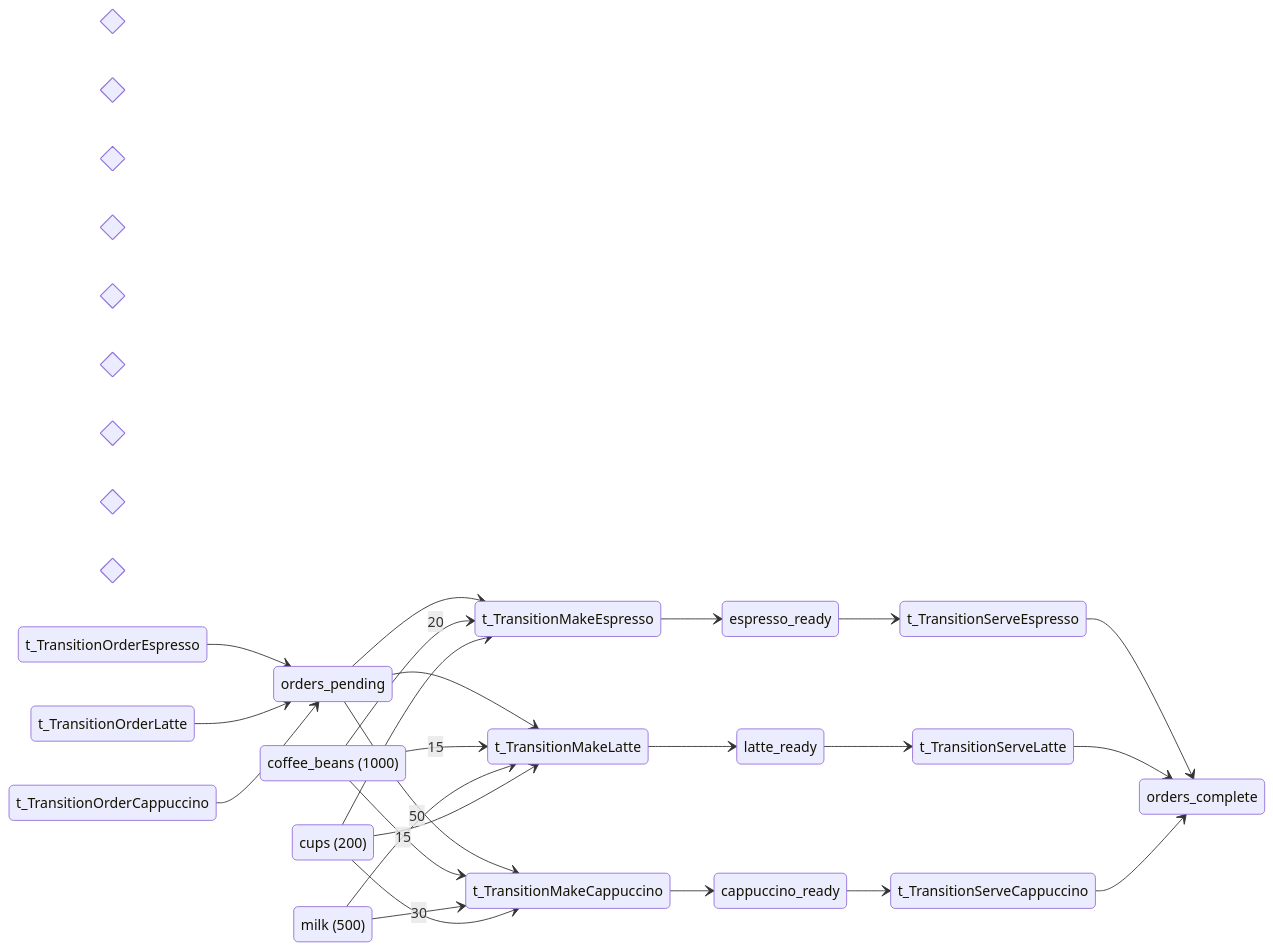
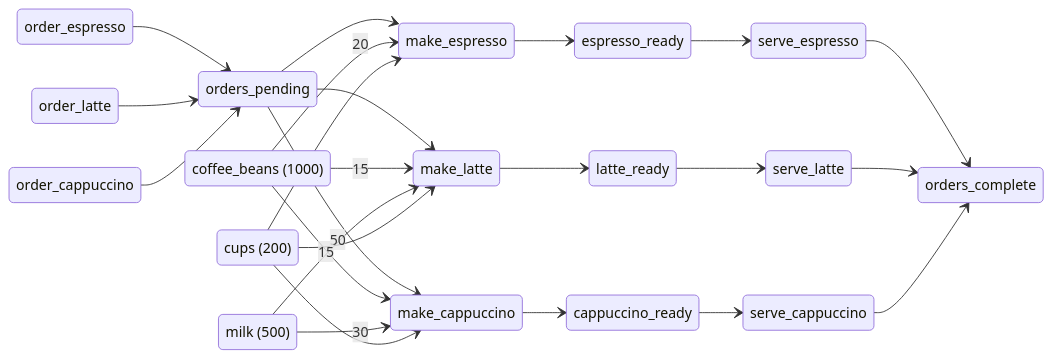
One commit to pflow-xyz/petri-pilot changed the first of 3 diagrams in generated/coffeeshop/README.md. Above: the diagram before and after it, drawn with Mermaid. The commit also changed other lines of this file and 10 other files, not shown here.

First line of the commit message:
Fix Mermaid diagram syntax in README template

````diff
--- a/generated/coffeeshop/README.md
+++ b/generated/coffeeshop/README.md
@@ -58,58 +58,58 @@
 ```mermaid
 stateDiagram-v2
     direction LR
 
     state "coffee_beans (1000)" as PlaceCoffeeBeans
     state "milk (500)" as PlaceMilk
     state "cups (200)" as PlaceCups
     state "orders_pending" as PlaceOrdersPending
     state "espresso_ready" as PlaceEspressoReady
     state "latte_ready" as PlaceLatteReady
     state "cappuccino_ready" as PlaceCappuccinoReady
     state "orders_complete" as PlaceOrdersComplete
 
 
-    state "order_espresso" as t_TransitionOrderEspresso <<choice>>
-    state "order_latte" as t_TransitionOrderLatte <<choice>>
-    state "order_cappuccino" as t_TransitionOrderCappuccino <<choice>>
-    state "make_espresso" as t_TransitionMakeEspresso <<choice>>
-    state "make_latte" as t_TransitionMakeLatte <<choice>>
-    state "make_cappuccino" as t_TransitionMakeCappuccino <<choice>>
-    state "serve_espresso" as t_TransitionServeEspresso <<choice>>
-    state "serve_latte" as t_TransitionServeLatte <<choice>>
-    state "serve_cappuccino" as t_TransitionServeCappuccino <<choice>>
+    state "order_espresso" as t_TransitionOrderEspresso
+    state "order_latte" as t_TransitionOrderLatte
+    state "order_cappuccino" as t_TransitionOrderCappuccino
+    state "make_espresso" as t_TransitionMakeEspresso
+    state "make_latte" as t_TransitionMakeLatte
+    state "make_cappuccino" as t_TransitionMakeCappuccino
+    state "serve_espresso" as t_TransitionServeEspresso
+    state "serve_latte" as t_TransitionServeLatte
+    state "serve_cappuccino" as t_TransitionServeCappuccino
 
 
-    t_TransitionOrderEspresso --> PlaceOrdersPending: 
+    t_TransitionOrderEspresso --> PlaceOrdersPending
 
-    t_TransitionOrderLatte --> PlaceOrdersPending: 
+    t_TransitionOrderLatte --> PlaceOrdersPending
 
-    t_TransitionOrderCappuccino --> PlaceOrdersPending: 
+    t_TransitionOrderCappuccino --> PlaceOrdersPending
 
-    PlaceOrdersPending --> t_TransitionMakeEspresso: 
+    PlaceOrdersPending --> t_TransitionMakeEspresso
     PlaceCoffeeBeans --> t_TransitionMakeEspresso: 20
-    PlaceCups --> t_TransitionMakeEspresso: 
-    t_TransitionMakeEspresso --> PlaceEspressoReady: 
+    PlaceCups --> t_TransitionMakeEspresso
+    t_TransitionMakeEspresso --> PlaceEspressoReady
 
-    PlaceOrdersPending --> t_TransitionMakeLatte: 
+    PlaceOrdersPending --> t_TransitionMakeLatte
     PlaceCoffeeBeans --> t_TransitionMakeLatte: 15
     PlaceMilk --> t_TransitionMakeLatte: 50
-    PlaceCups --> t_TransitionMakeLatte: 
-    t_TransitionMakeLatte --> PlaceLatteReady: 
+    PlaceCups --> t_TransitionMakeLatte
+    t_TransitionMakeLatte --> PlaceLatteReady
 
-    PlaceOrdersPending --> t_TransitionMakeCappuccino: 
+    PlaceOrdersPending --> t_TransitionMakeCappuccino
     PlaceCoffeeBeans --> t_TransitionMakeCappuccino: 15
     PlaceMilk --> t_TransitionMakeCappuccino: 30
-    PlaceCups --> t_TransitionMakeCappuccino: 
-    t_TransitionMakeCappuccino --> PlaceCappuccinoReady: 
+    PlaceCups --> t_TransitionMakeCappuccino
+    t_TransitionMakeCappuccino --> PlaceCappuccinoReady
 
-    PlaceEspressoReady --> t_TransitionServeEspresso: 
-    t_TransitionServeEspresso --> PlaceOrdersComplete: 
+    PlaceEspressoReady --> t_TransitionServeEspresso
+    t_TransitionServeEspresso --> PlaceOrdersComplete
 
-    PlaceLatteReady --> t_TransitionServeLatte: 
-    t_TransitionServeLatte --> PlaceOrdersComplete: 
+    PlaceLatteReady --> t_TransitionServeLatte
+    t_TransitionServeLatte --> PlaceOrdersComplete
 
-    PlaceCappuccinoReady --> t_TransitionServeCappuccino: 
-    t_TransitionServeCappuccino --> PlaceOrdersComplete: 
+    PlaceCappuccinoReady --> t_TransitionServeCappuccino
+    t_TransitionServeCappuccino --> PlaceOrdersComplete
 
 ```
````
